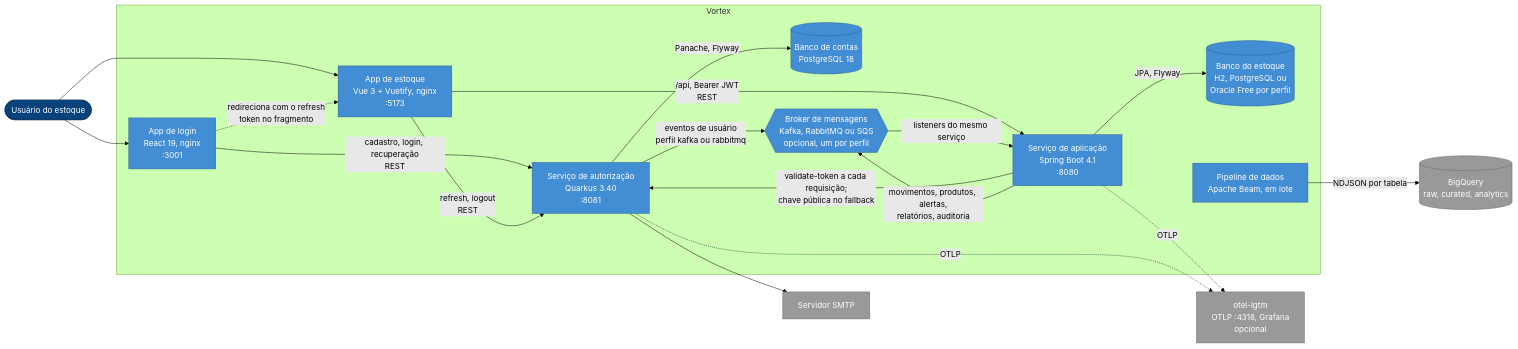
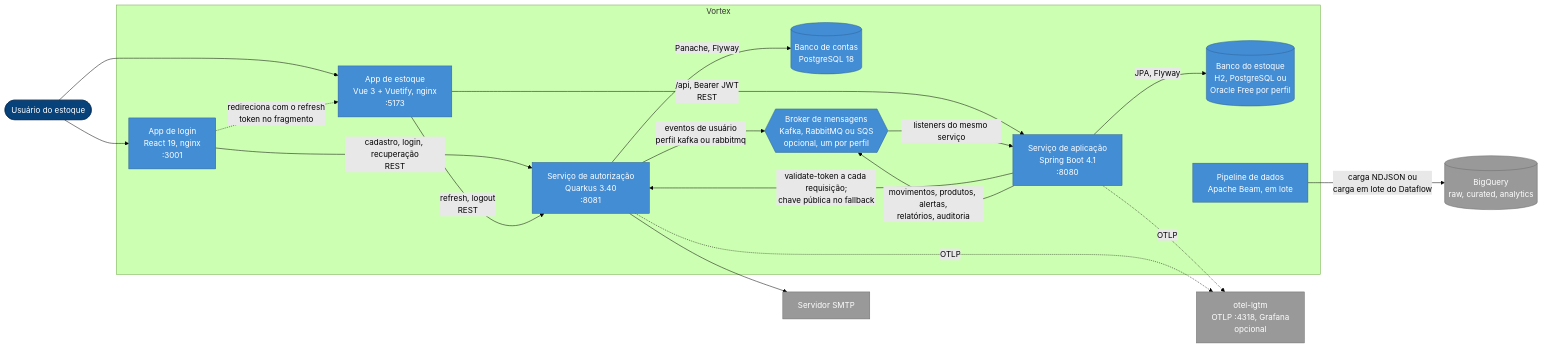
One commit to caiocv18/vortex changed the diagram in docs/arquitetura/containers.pt-BR.md. Above: the diagram before and after it, drawn with Mermaid (forest theme). The commit also changed other lines of this file and 7 other files, not shown here.

````diff
--- a/docs/arquitetura/containers.pt-BR.md
+++ b/docs/arquitetura/containers.pt-BR.md
@@ -5,43 +5,43 @@
 ```mermaid
 flowchart LR
     user([Usuário do estoque])
     subgraph vortex [Vortex]
         signin[App de login<br/>React 19, nginx<br/>:3001]
         inventory[App de estoque<br/>Vue 3 + Vuetify, nginx<br/>:5173]
         app[Serviço de aplicação<br/>Spring Boot 4.1<br/>:8080]
         auth[Serviço de autorização<br/>Quarkus 3.40<br/>:8081]
         appdb[(Banco do estoque<br/>H2, PostgreSQL ou<br/>Oracle Free por perfil)]
         authdb[(Banco de contas<br/>PostgreSQL 18)]
         broker{{Broker de mensagens<br/>Kafka, RabbitMQ ou SQS<br/>opcional, um por perfil}}
         pipeline[Pipeline de dados<br/>Apache Beam, em lote]
     end
     otel[otel-lgtm<br/>OTLP :4318, Grafana<br/>opcional]
     bq[(BigQuery<br/>raw, curated, analytics)]
     mail[Servidor SMTP]
 
     user --> signin
     user --> inventory
     signin -->|cadastro, login, recuperação<br/>REST| auth
     signin -.->|redireciona com o refresh<br/>token no fragmento| inventory
     inventory -->|refresh, logout<br/>REST| auth
     inventory -->|/api, Bearer JWT<br/>REST| app
     app -->|validate-token a cada requisição;<br/>chave pública no fallback| auth
     app -->|JPA, Flyway| appdb
     auth -->|Panache, Flyway| authdb
     app -->|movimentos, produtos, alertas,<br/>relatórios, auditoria| broker
     broker -->|listeners do mesmo serviço| app
     auth -->|eventos de usuário<br/>perfil kafka ou rabbitmq| broker
     auth --> mail
     app -.->|OTLP| otel
     auth -.->|OTLP| otel
-    pipeline -->|NDJSON por tabela| bq
+    pipeline -->|carga NDJSON ou<br/>carga em lote do Dataflow| bq
 
     classDef person fill:#08427b,color:#fff,stroke:#052e56
     classDef container fill:#438dd5,color:#fff,stroke:#2e6295
     classDef store fill:#438dd5,color:#fff,stroke:#2e6295
     classDef external fill:#999,color:#fff,stroke:#6b6b6b
     class user person
     class signin,inventory,app,auth,broker,pipeline container
     class appdb,authdb store
     class otel,bq,mail external
 ```
````
